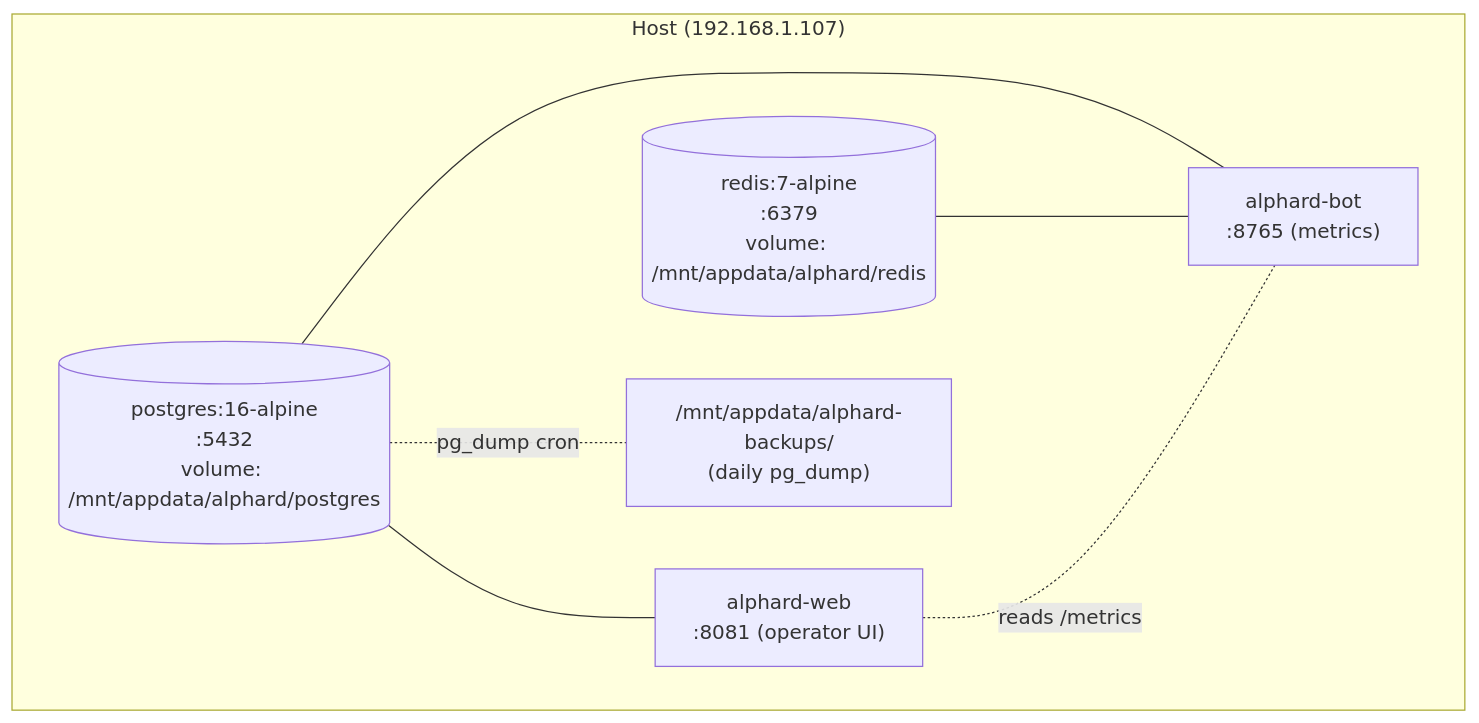
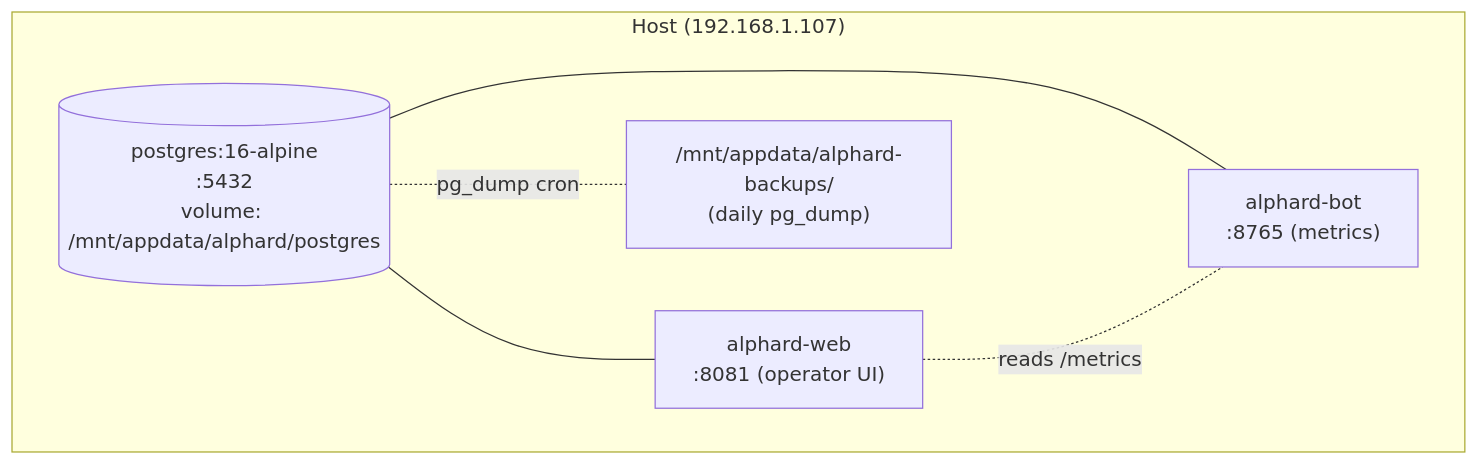
One commit to m0rtal/alphard changed the third of 3 diagrams in ARCHITECTURE.md. Above: the diagram before and after it, drawn with Mermaid. The commit also changed other lines of this file and 19 other files, not shown here.

First line of the commit message:
fix(compose): drop unused alphard-redis service + archaeology-tag residual Redis refs (Closes #419, Closes #429) (#484)

````diff
--- a/ARCHITECTURE.md
+++ b/ARCHITECTURE.md
@@ -256,16 +257,14 @@
 ```mermaid
 graph TB
     subgraph HOST["Host (192.168.1.107)"]
         PG[("postgres:16-alpine<br/>:5432<br/>volume: /mnt/appdata/alphard/postgres")]
-        RD[("redis:7-alpine<br/>:6379<br/>volume: /mnt/appdata/alphard/redis")]
         BOT["alphard-bot<br/>:8765 (metrics)"]
         WEB["alphard-web<br/>:8081 (operator UI)"]
         BACKUP["/mnt/appdata/alphard-backups/<br/>(daily pg_dump)"]
     end
 
     PG --- BOT
-    RD --- BOT
     PG --- WEB
     WEB -.reads /metrics.- BOT
     PG -.pg_dump cron.- BACKUP
 ```
````
